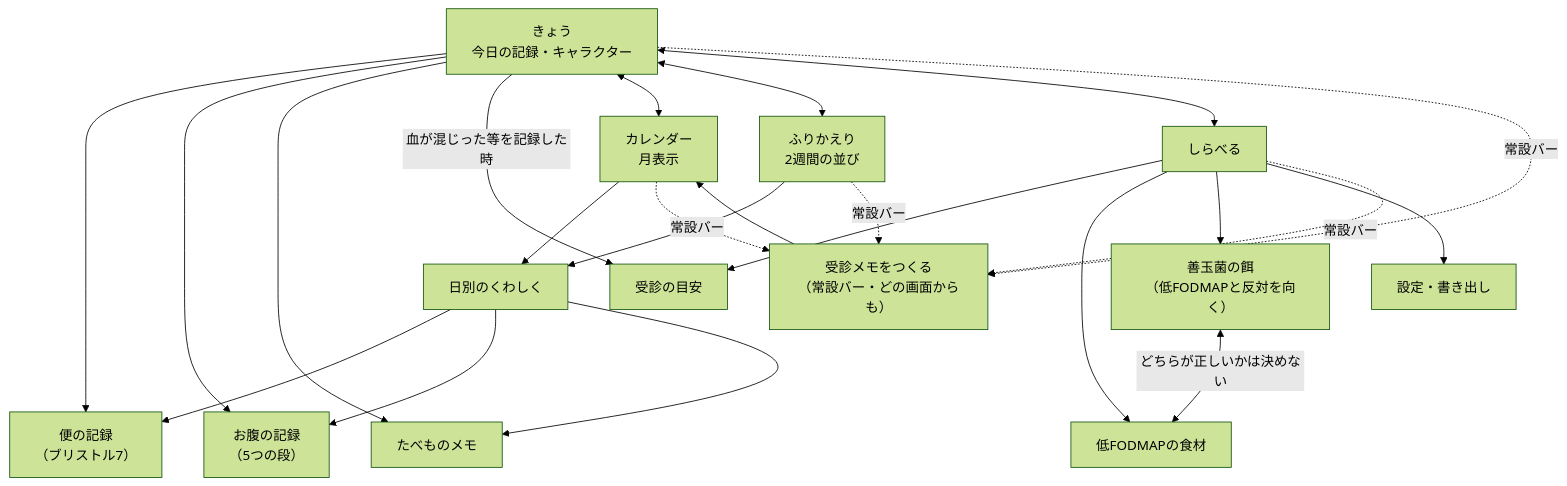
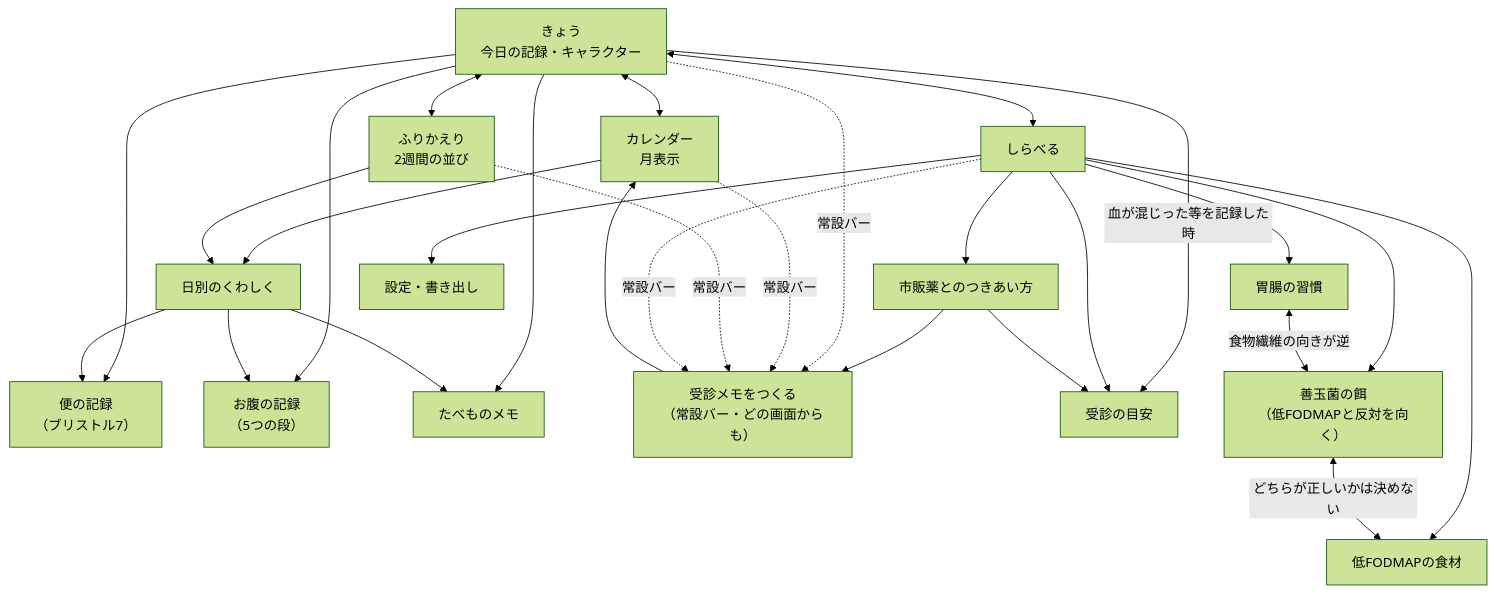
One commit to youtaix656-eng/- changed the diagram in chou/docs/SCREENS.md. Above: the diagram before and after it, drawn with Mermaid (forest theme). The commit also changed other lines of this file and 22 other files, not shown here.

````diff
--- a/chou/docs/SCREENS.md
+++ b/chou/docs/SCREENS.md
@@ -10,46 +10,53 @@
 ```mermaid
 flowchart TD
     Home["きょう<br/>今日の記録・キャラクター"]
     Cal["カレンダー<br/>月表示"]
     Day["日別のくわしく"]
     Look["ふりかえり<br/>2週間の並び"]
     Know["しらべる"]
 
     Stool["便の記録<br/>（ブリストル7）"]
     Belly["お腹の記録<br/>（5つの段）"]
     Meal["たべものメモ"]
 
     Note["受診メモをつくる<br/>（常設バー・どの画面からも）"]
     Flag["受診の目安"]
     Food["低FODMAPの食材"]
     Pre["善玉菌の餌<br/>（低FODMAPと反対を向く）"]
+    Otc["市販薬とのつきあい方"]
+    Hab["胃腸の習慣"]
     Set["設定・書き出し"]
 
     Home --> Stool
     Home --> Belly
     Home --> Meal
     Home -->|"血が混じった等を記録した時"| Flag
 
     Home <--> Cal
     Home <--> Look
     Home <--> Know
 
     Cal --> Day
     Day --> Stool
     Day --> Belly
     Day --> Meal
 
     Look --> Day
 
     Know --> Flag
     Know --> Food
     Know --> Pre
+    Know --> Otc
+    Know --> Hab
     Pre <-->|"どちらが正しいかは決めない"| Food
+    Hab <-->|"食物繊維の向きが逆"| Pre
+    Otc --> Flag
+    Otc --> Note
     Know --> Set
 
     Note --> Cal
     Home -.常設バー.-> Note
     Cal -.常設バー.-> Note
     Look -.常設バー.-> Note
     Know -.常設バー.-> Note
 ```
````
